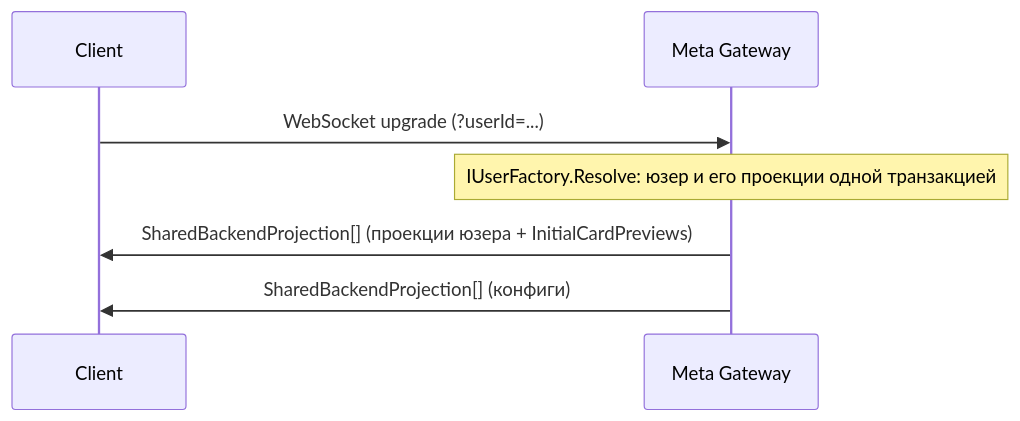
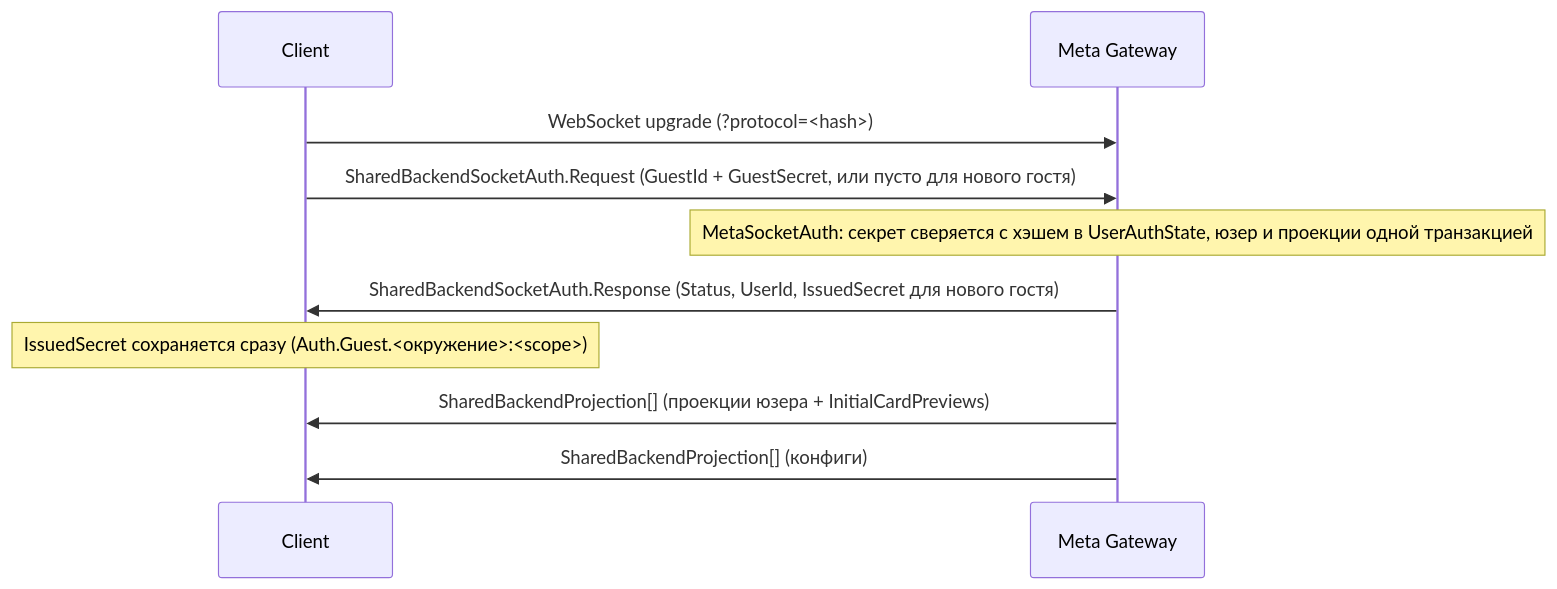
Before and after one commit to noncasted/mines-leader: the fourth of 5 diagrams in docs/obsidian/architecture/client-network.md, drawn with Mermaid. The commit also changed other lines of this file and 75 other files, not shown here.

First line of the commit message:
[Security] Guest secret auth and signed session tickets

````diff
--- a/docs/obsidian/architecture/client-network.md
+++ b/docs/obsidian/architecture/client-network.md
@@ -109,10 +109,13 @@
 ```mermaid
 sequenceDiagram
     participant C as Client
     participant M as Meta Gateway
 
-    C->>M: WebSocket upgrade (?userId=...)
-    Note over M: IUserFactory.Resolve: юзер и его проекции одной транзакцией
+    C->>M: WebSocket upgrade (?protocol=<hash>)
+    C->>M: SharedBackendSocketAuth.Request (GuestId + GuestSecret, или пусто для нового гостя)
+    Note over M: MetaSocketAuth: секрет сверяется с хэшем в UserAuthState, юзер и проекции одной транзакцией
+    M->>C: SharedBackendSocketAuth.Response (Status, UserId, IssuedSecret для нового гостя)
+    Note over C: IssuedSecret сохраняется сразу (Auth.Guest.<окружение>:<scope>)
     M->>C: SharedBackendProjection[] (проекции юзера + InitialCardPreviews)
     M->>C: SharedBackendProjection[] (конфиги)
 ```
````
